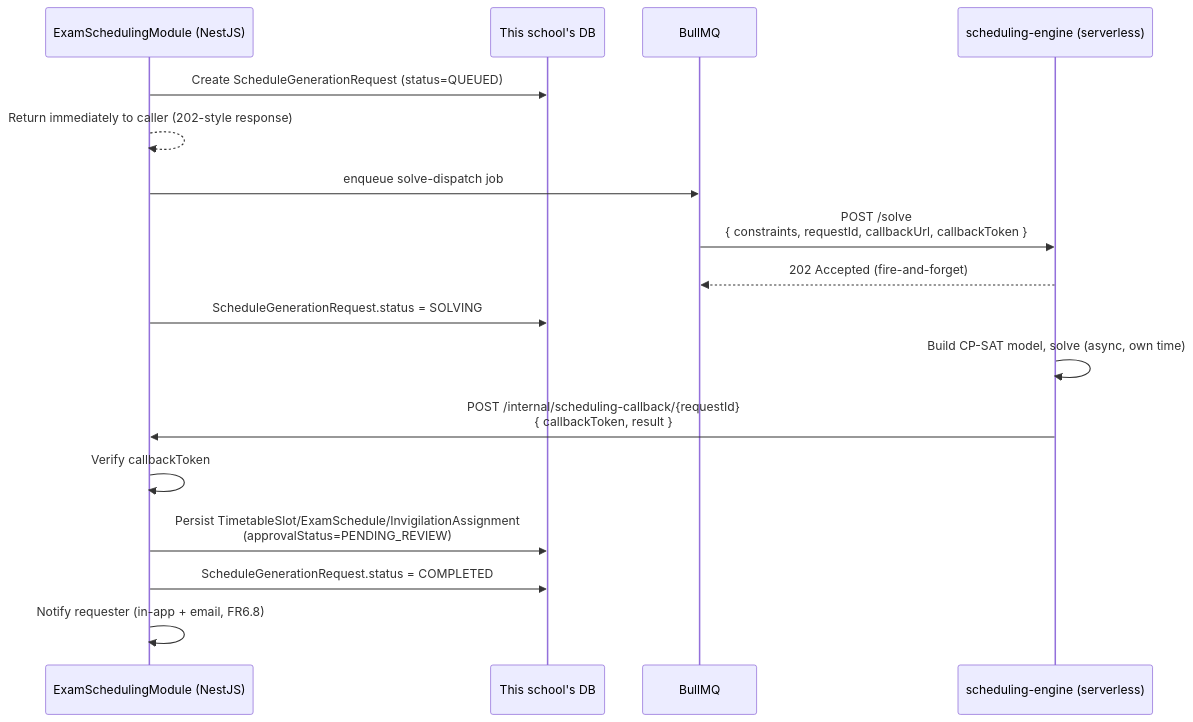
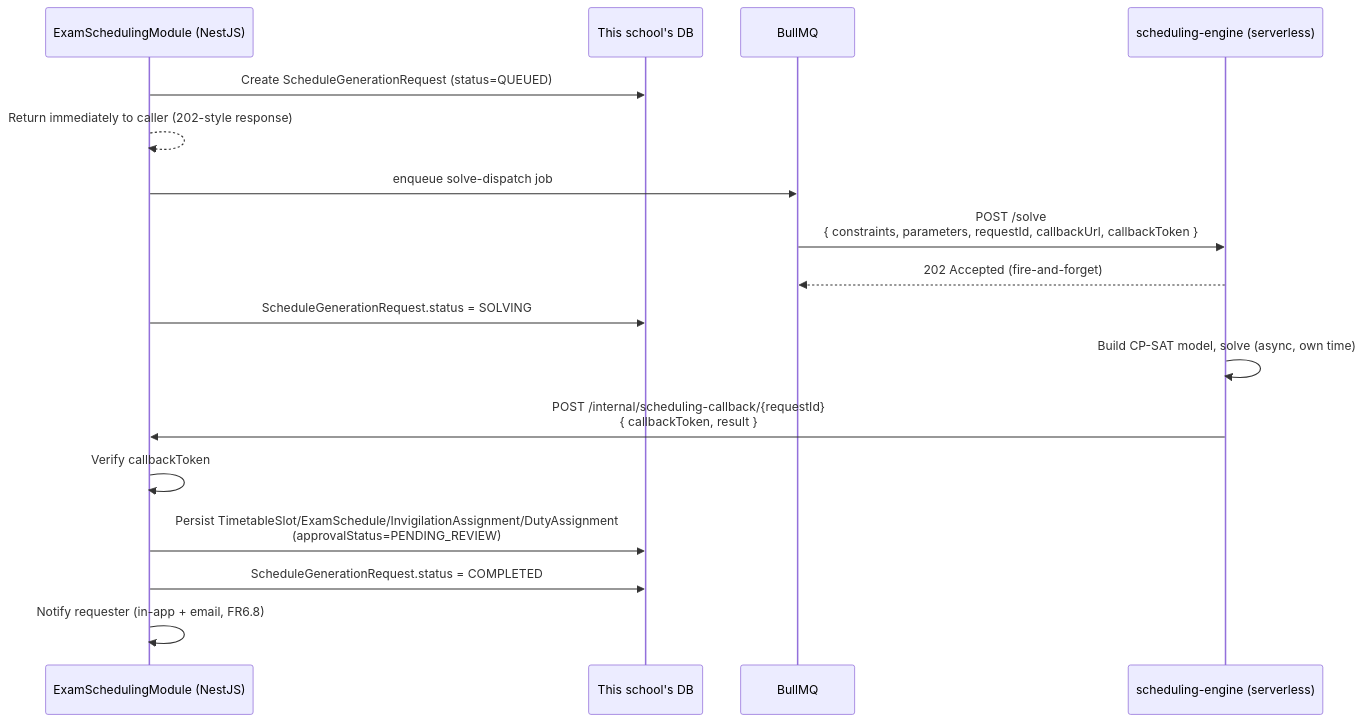
Before and after one commit to teeliny/school-management: the fifth of 9 diagrams in docs/ARCHITECTURE.md, drawn with Mermaid. The commit also changed other lines of this file and 2 other files, not shown here.

Commit message:
improve the scheduling plan

````diff
--- a/docs/ARCHITECTURE.md
+++ b/docs/ARCHITECTURE.md
@@ -220,20 +220,20 @@
 ```mermaid
 sequenceDiagram
     participant Nest as ExamSchedulingModule (NestJS)
     participant DB as This school's DB
     participant Q as BullMQ
     participant Py as scheduling-engine (serverless)
 
     Nest->>DB: Create ScheduleGenerationRequest (status=QUEUED)
     Nest-->>Nest: Return immediately to caller (202-style response)
     Nest->>Q: enqueue solve-dispatch job
-    Q->>Py: POST /solve<br/>{ constraints, requestId, callbackUrl, callbackToken }
+    Q->>Py: POST /solve<br/>{ constraints, parameters, requestId, callbackUrl, callbackToken }
     Py-->>Q: 202 Accepted (fire-and-forget)
     Nest->>DB: ScheduleGenerationRequest.status = SOLVING
     Py->>Py: Build CP-SAT model, solve (async, own time)
     Py->>Nest: POST /internal/scheduling-callback/{requestId}<br/>{ callbackToken, result }
     Nest->>Nest: Verify callbackToken
-    Nest->>DB: Persist TimetableSlot/ExamSchedule/InvigilationAssignment<br/>(approvalStatus=PENDING_REVIEW)
+    Nest->>DB: Persist TimetableSlot/ExamSchedule/InvigilationAssignment/DutyAssignment<br/>(approvalStatus=PENDING_REVIEW)
     Nest->>DB: ScheduleGenerationRequest.status = COMPLETED
     Nest->>Nest: Notify requester (in-app + email, FR6.8)
 ```
````
